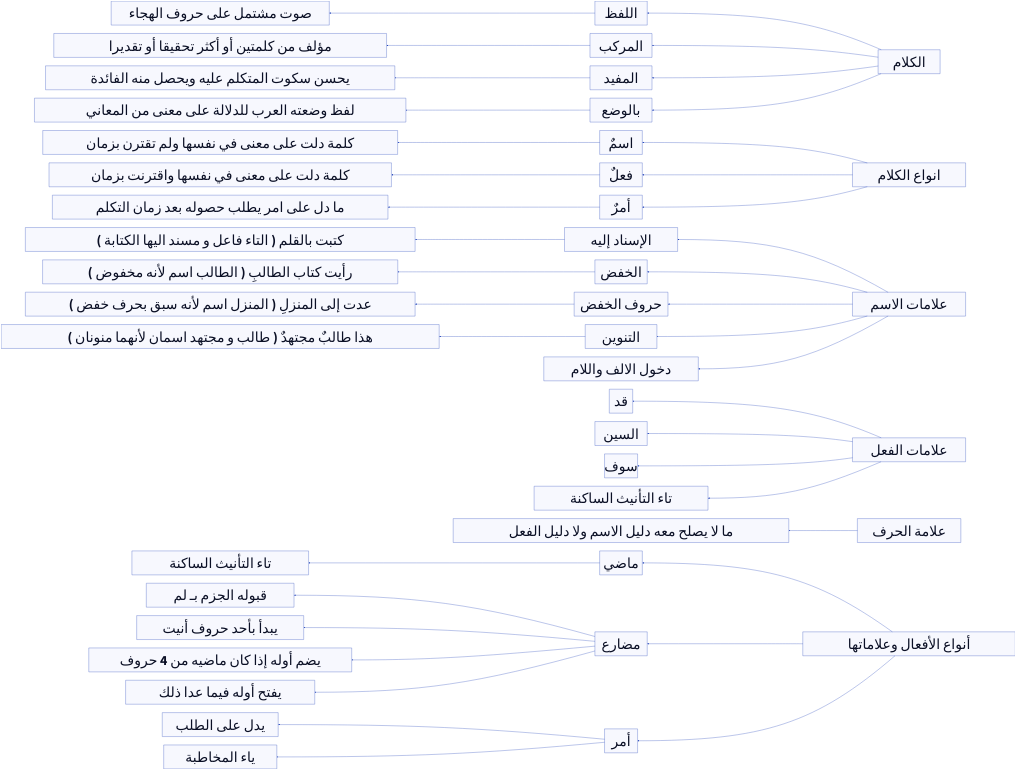
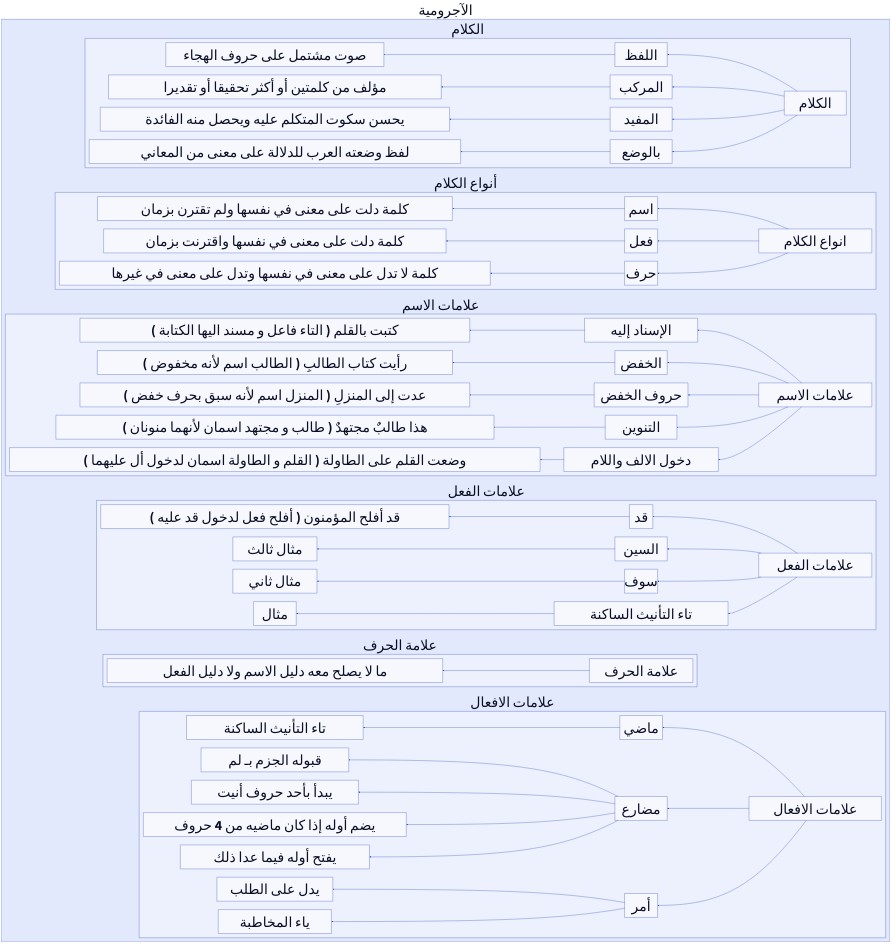
One commit to sanabel-al-firdaws/sanabel-al-firdaws.github.io changed the diagram in .diagrams/الآجرومية.d2. Above: the diagram before and after it, drawn with D2. The commit also changed 1 other file, not shown here.

```diff
--- a/.diagrams/الآجرومية.d2
+++ b/.diagrams/الآجرومية.d2
@@ -1,63 +1,70 @@
 
 direction: left
 
-*: {
+**: {
     style.font-size: 100
-
 } 
 
 
-
+الآجرومية:{
+    الكلام: {
 الكلام -> اللفظ -> صوت مشتمل على حروف الهجاء
 الكلام -> المركب -> مؤلف من كلمتين أو أكثر تحقيقا أو تقديرا
 الكلام -> المفيد -> يحسن سكوت المتكلم عليه ويحصل منه الفائدة
 الكلام -> بالوضع ->  لفظ وضعته العرب للدلالة على معنى من المعاني
+    }
+    أنواع الكلام: {
+انواع الكلام -> اسم
+انواع الكلام -> فعل
+انواع الكلام -> حرف
 
-انواع الكلام -> اسمٌ
-انواع الكلام -> فعلٌ
-انواع الكلام -> أمرٌ
+اسم -> كلمة دلت على معنى في نفسها ولم تقترن بزمان
+فعل -> كلمة دلت على معنى في نفسها واقترنت بزمان  
+حرف -> كلمة لا تدل على معنى في نفسها وتدل على معنى في غيرها
+}
 
-اسمٌ -> كلمة دلت على معنى في نفسها ولم تقترن بزمان
-فعلٌ -> كلمة دلت على معنى في نفسها واقترنت بزمان  
-أمرٌ -> ما دل على امر يطلب حصوله بعد زمان التكلم 
-
-
-
-
+علامات الاسم : {
 
 علامات الاسم -> الإسناد إليه -> كتبت بالقلم  ( التاء فاعل و مسند اليها الكتابة ) 
 علامات الاسم -> الخفض -> رأيت كتاب الطالبِ ( الطالب اسم لأنه مخفوض ) 
 علامات الاسم -> حروف الخفض -> عدت إلى المنزلِ ( المنزل اسم لأنه سبق بحرف خفض ) 
 علامات الاسم -> التنوين-> هذا طالبٌ مجتهدٌ ( طالب و مجتهد اسمان لأنهما منونان ) 
-علامات الاسم -> دخول الالف واللام 
+علامات الاسم -> دخول الالف واللام ->  وضعت القلم على الطاولة ( القلم و الطاولة اسمان لدخول أل عليهما ) 
 
+}
 
-
-
-علامات الفعل -> قد
-علامات الفعل -> السين
-علامات الفعل -> سوف
-علامات الفعل -> تاء التأنيث الساكنة
-
+علامات الفعل : {
+علامات الفعل -> قد -> قد أفلح المؤمنون ( أفلح فعل لدخول قد عليه ) 
+علامات الفعل -> السين -> مثال ثالث
+علامات الفعل -> سوف -> مثال ثاني
+علامات الفعل -> تاء التأنيث الساكنة -> مثال
+}
+علامة الحرف : {
 
 علامة الحرف -> ما لا يصلح معه دليل الاسم ولا دليل الفعل 
 
+}
 
  
 
 
-
-أنواع الأفعال وعلاماتها-> ماضي
-أنواع الأفعال وعلاماتها-> مضارع
-أنواع الأفعال وعلاماتها-> أمر
+علامات الافعال :{
+علامات الافعال -> ماضي
+علامات الافعال -> مضارع
+علامات الافعال -> أمر
 
 ماضي -> تاء  التأنيث الساكنة 
 
 مضارع -> قبوله الجزم بـ لم
 مضارع -> يبدأ بأحد حروف أنيت
 مضارع -> يضم أوله إذا كان ماضيه من 4 حروف
 مضارع -> يفتح أوله فيما عدا ذلك
 
 
 أمر->  يدل على الطلب
 أمر->  ياء المخاطبة
+
+}
+# أمر -> ما دل على امر يطلب حصوله بعد زمان التكلم 
+
+}
```
